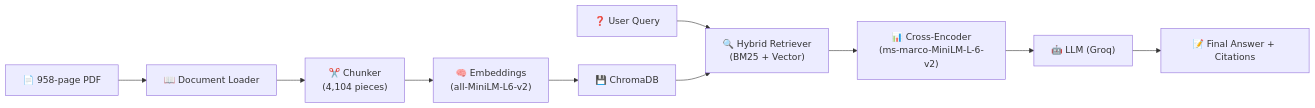
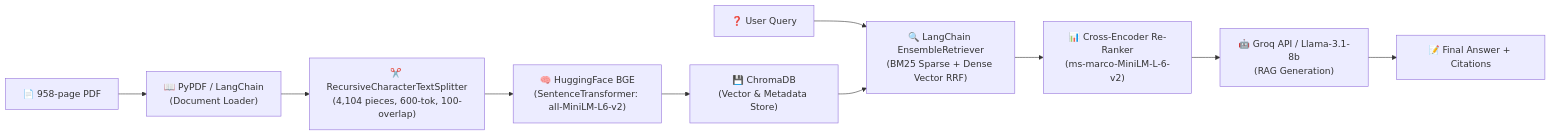
The diagram in README.md (divyanshurai27/ask-my-doc), drawn with Mermaid before and after one commit. The commit also changed other lines of this file, not shown here.

Commit message:
docs: Add technical stack details to architecture diagram and table

````diff
--- a/README.md
+++ b/README.md
@@ -22,12 +22,12 @@
 ```mermaid
 flowchart LR
-    A["📄 958-page PDF"] --> B["📖 Document Loader"]
-    B --> C["✂️ Chunker\n(4,104 pieces)"]
-    C --> D["🧠 Embeddings\n(all-MiniLM-L6-v2)"]
-    D --> E["💾 ChromaDB"]
-    F["❓ User Query"] --> G["🔍 Hybrid Retriever\n(BM25 + Vector)"]
+    A["📄 958-page PDF"] --> B["📖 PyPDF / LangChain\n(Document Loader)"]
+    B --> C["✂️ RecursiveCharacterTextSplitter\n(4,104 pieces, 600-tok, 100-overlap)"]
+    C --> D["🧠 HuggingFace BGE\n(SentenceTransformer: all-MiniLM-L6-v2)"]
+    D --> E["💾 ChromaDB\n(Vector & Metadata Store)"]
+    F["❓ User Query"] --> G["🔍 LangChain EnsembleRetriever\n(BM25 Sparse + Dense Vector RRF)"]
     E --> G
-    G --> R["📊 Cross-Encoder\n(ms-marco-MiniLM-L-6-v2)"]
-    R --> H["🤖 LLM (Groq)"]
+    G --> R["📊 Cross-Encoder Re-Ranker\n(ms-marco-MiniLM-L-6-v2)"]
+    R --> H["🤖 Groq API / Llama-3.1-8b\n(RAG Generation)"]
     H --> I["📝 Final Answer + Citations"]
 ```
````
